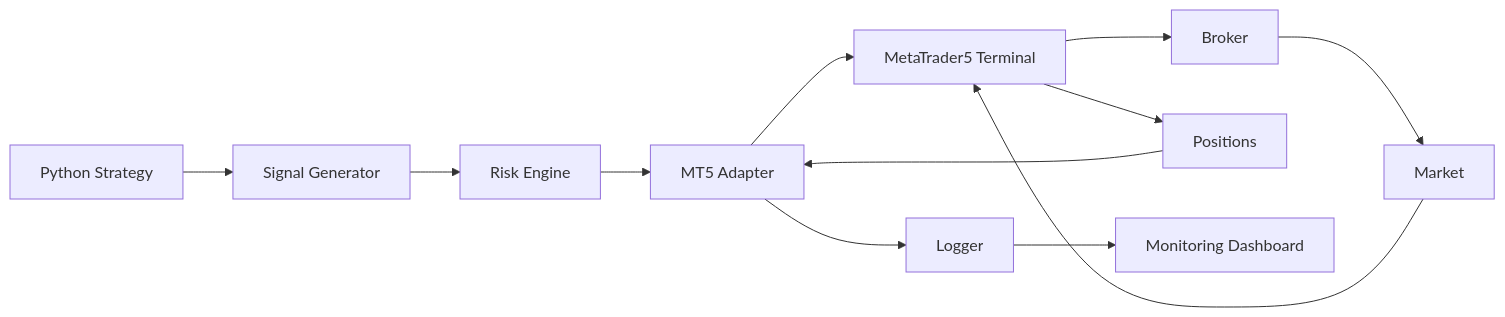
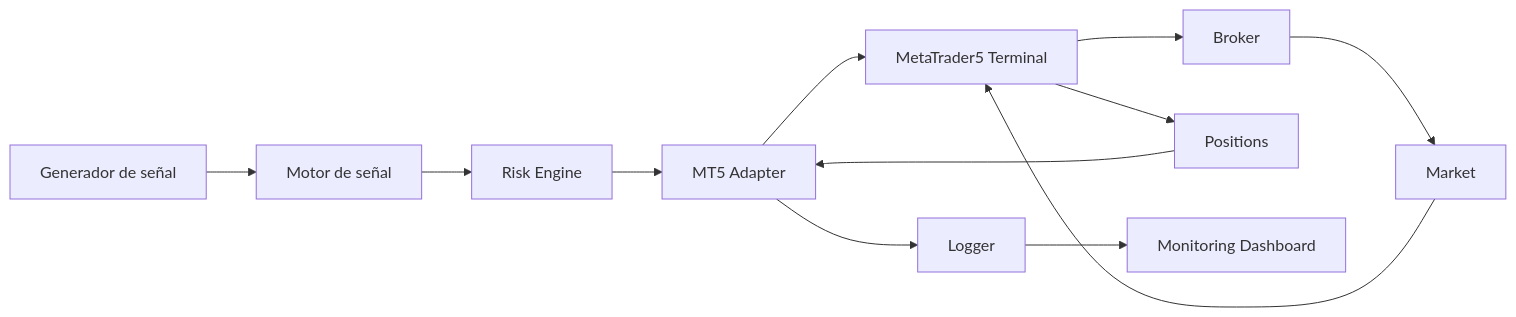
Before and after one commit to jeroroldan/jeronimo-blog: the seventh of 10 diagrams in src/content/blog/skills/skill.md, drawn with Mermaid. The commit also changed other lines of this file and 1 other file, not shown here.

````diff
--- a/src/content/blog/skills/skill.md
+++ b/src/content/blog/skills/skill.md
@@ -543,14 +543,14 @@
 ```mermaid
 flowchart LR
-    A[Python Strategy] --> B[Signal Generator]
+    A[Generador de señal] --> B[Motor de señal]
     B --> C[Risk Engine]
     C --> D[MT5 Adapter]
     D --> E[MetaTrader5 Terminal]
     E --> F[Broker]
     F --> G[Market]
     G --> E
     E --> H[Positions]
     H --> D
     D --> I[Logger]
     I --> J[Monitoring Dashboard]
 ```
````
